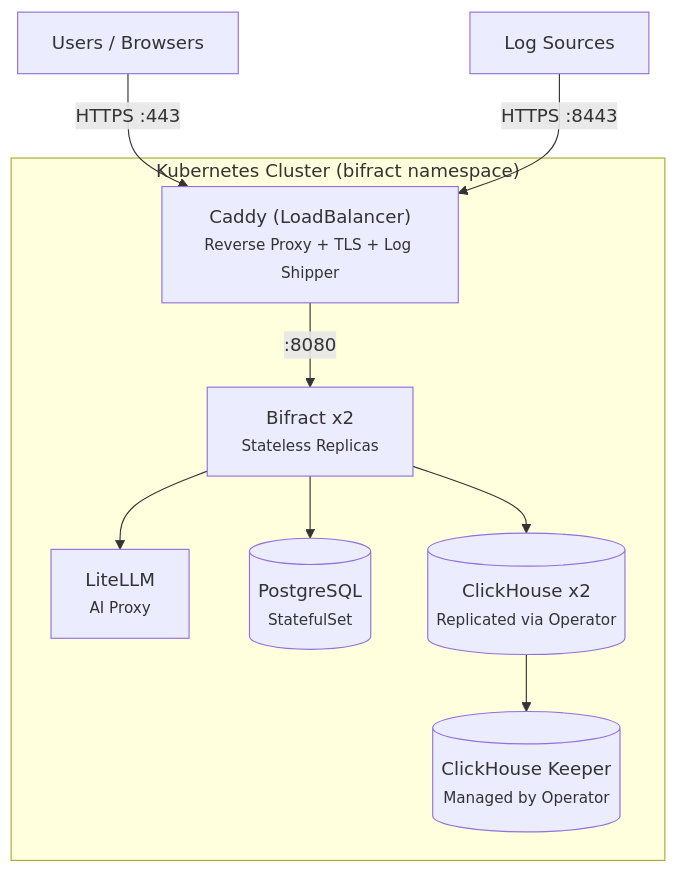
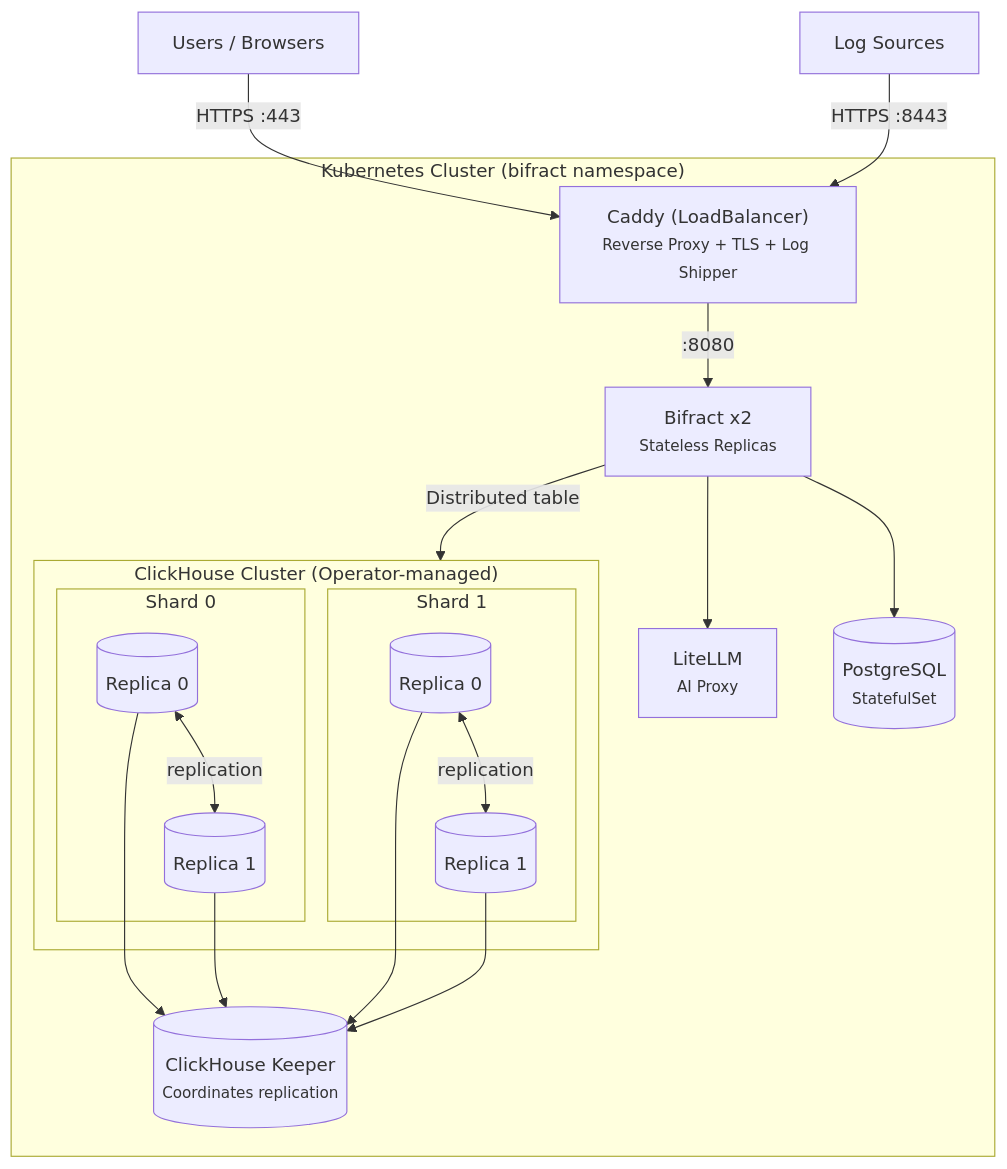
The diagram in docs/getting-started/kubernetes.md (zaneGittins/bifract), drawn with Mermaid before and after one commit. The commit also changed other lines of this file and 5 other files, not shown here.

````diff
--- a/docs/getting-started/kubernetes.md
+++ b/docs/getting-started/kubernetes.md
@@ -16,22 +16,35 @@
 ```mermaid
 graph TB
     users["Users / Browsers"]
     sources["Log Sources"]
 
     subgraph k8s ["Kubernetes Cluster (bifract namespace)"]
         caddy["Caddy (LoadBalancer)<br/><small>Reverse Proxy + TLS + Log Shipper</small>"]
         bifract["Bifract x2<br/><small>Stateless Replicas</small>"]
         litellm["LiteLLM<br/><small>AI Proxy</small>"]
         pg[("PostgreSQL<br/><small>StatefulSet</small>")]
-        ch[("ClickHouse x2<br/><small>Replicated via Operator</small>")]
-        keeper[("ClickHouse Keeper<br/><small>Managed by Operator</small>")]
+
+        subgraph ch ["ClickHouse Cluster (Operator-managed)"]
+            subgraph shard0 ["Shard 0"]
+                ch0r0[("Replica 0")]
+                ch0r1[("Replica 1")]
+            end
+            subgraph shard1 ["Shard 1"]
+                ch1r0[("Replica 0")]
+                ch1r1[("Replica 1")]
+            end
+        end
+
+        keeper[("ClickHouse Keeper<br/><small>Coordinates replication</small>")]
     end
 
     users -->|"HTTPS :443"| caddy
     sources -->|"HTTPS :8443"| caddy
     caddy -->|":8080"| bifract
     bifract --> pg
-    bifract --> ch
+    bifract -->|"Distributed table"| ch
     bifract --> litellm
-    ch --> keeper
+    ch0r0 <-->|"replication"| ch0r1
+    ch1r0 <-->|"replication"| ch1r1
+    ch0r0 & ch0r1 & ch1r0 & ch1r1 --> keeper
 ```
````
